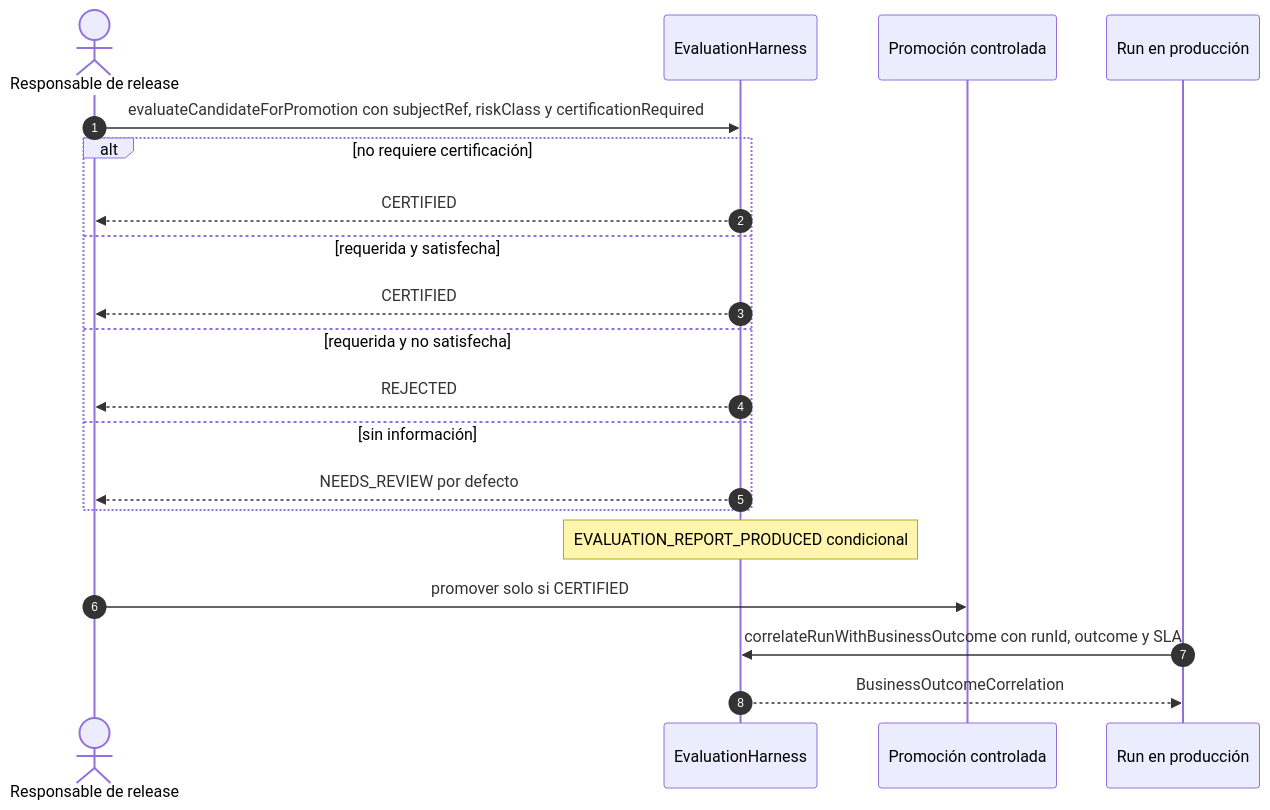
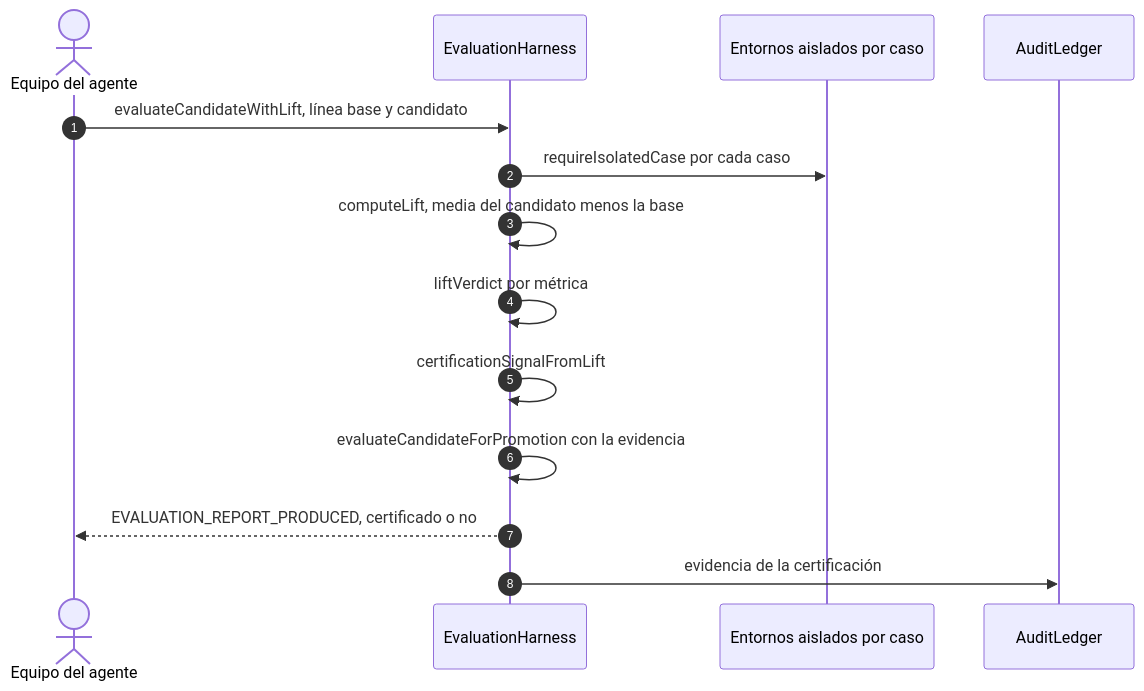
Before and after one commit to aaramirez/arnes-ai: the ninth of 10 diagrams in docs/diagramas/book-harness/BH-10-Flujos-Empresariales.md, drawn with Mermaid. The commit also changed other lines of this file and 52 other files, not shown here.

````diff
--- a/docs/diagramas/book-harness/BH-10-Flujos-Empresariales.md
+++ b/docs/diagramas/book-harness/BH-10-Flujos-Empresariales.md
@@ -425,23 +476,17 @@
 ```mermaid
 sequenceDiagram
   autonumber
-  actor R as Responsable de release
+  actor DEV as Equipo del agente
   participant EH as EvaluationHarness
-  participant PR as Promoción controlada
-  participant RUN as Run en producción
+  participant SB as Entornos aislados por caso
+  participant AUD as AuditLedger
 
-  R->>EH: evaluateCandidateForPromotion con subjectRef, riskClass y certificationRequired
-  alt no requiere certificación
-    EH-->>R: CERTIFIED
-  else requerida y satisfecha
-    EH-->>R: CERTIFIED
-  else requerida y no satisfecha
-    EH-->>R: REJECTED
-  else sin información
-    EH-->>R: NEEDS_REVIEW por defecto
-  end
-  Note over EH: EVALUATION_REPORT_PRODUCED condicional
-  R->>PR: promover solo si CERTIFIED
-  RUN->>EH: correlateRunWithBusinessOutcome con runId, outcome y SLA
-  EH-->>RUN: BusinessOutcomeCorrelation
+  DEV->>EH: evaluateCandidateWithLift, línea base y candidato
+  EH->>SB: requireIsolatedCase por cada caso
+  EH->>EH: computeLift, media del candidato menos la base
+  EH->>EH: liftVerdict por métrica
+  EH->>EH: certificationSignalFromLift
+  EH->>EH: evaluateCandidateForPromotion con la evidencia
+  EH-->>DEV: EVALUATION_REPORT_PRODUCED, certificado o no
+  EH->>AUD: evidencia de la certificación
 ```
````
